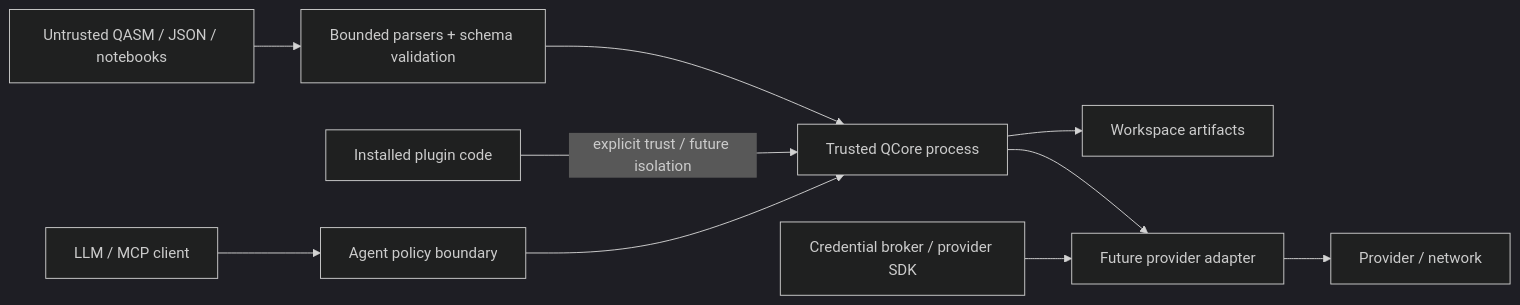
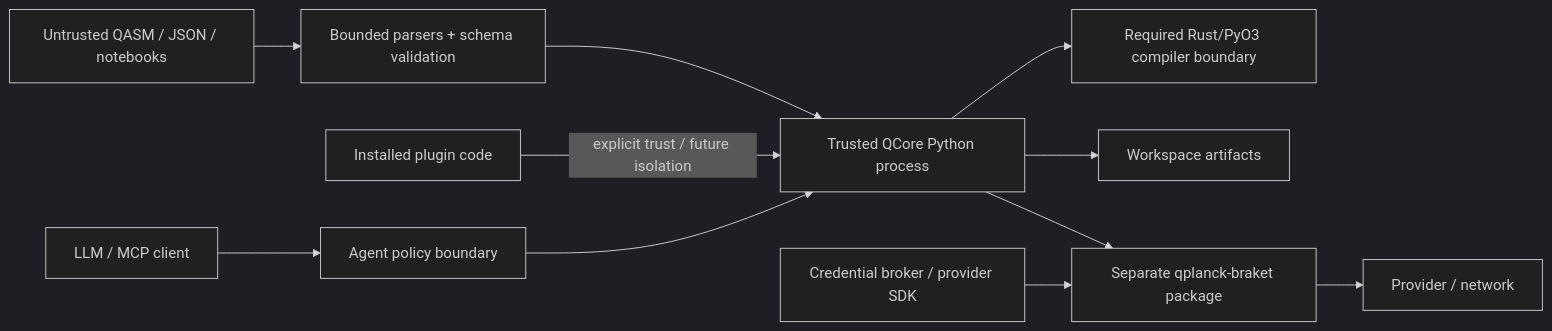
One commit to qplanck/qcore changed the diagram in docs/security/threat-model.md. Above: the diagram before and after it, drawn with Mermaid (dark theme). The commit also changed other lines of this file and 138 other files, not shown here.

````diff
--- a/docs/security/threat-model.md
+++ b/docs/security/threat-model.md
@@ -49,12 +51,13 @@
 ```mermaid
 flowchart LR
     INPUT["Untrusted QASM / JSON / notebooks"] --> PARSE["Bounded parsers + schema validation"]
-    PARSE --> CORE["Trusted QCore process"]
-    PLUG["Installed plugin code"] -->|"explicit trust / future isolation"| CORE
-    CORE --> FS["Workspace artifacts"]
+    PARSE --> PY["Trusted QCore Python process"]
+    PY --> NATIVE["Required Rust/PyO3 compiler boundary"]
+    PLUG["Installed plugin code"] -->|"explicit trust / future isolation"| PY
+    PY --> FS["Workspace artifacts"]
     AGENT["LLM / MCP client"] --> POLICY["Agent policy boundary"]
-    POLICY --> CORE
-    CORE --> ADAPTER["Future provider adapter"]
+    POLICY --> PY
+    PY --> ADAPTER["Separate qplanck-braket package"]
     ADAPTER --> NET["Provider / network"]
     SECRET["Credential broker / provider SDK"] --> ADAPTER
 ```
````
